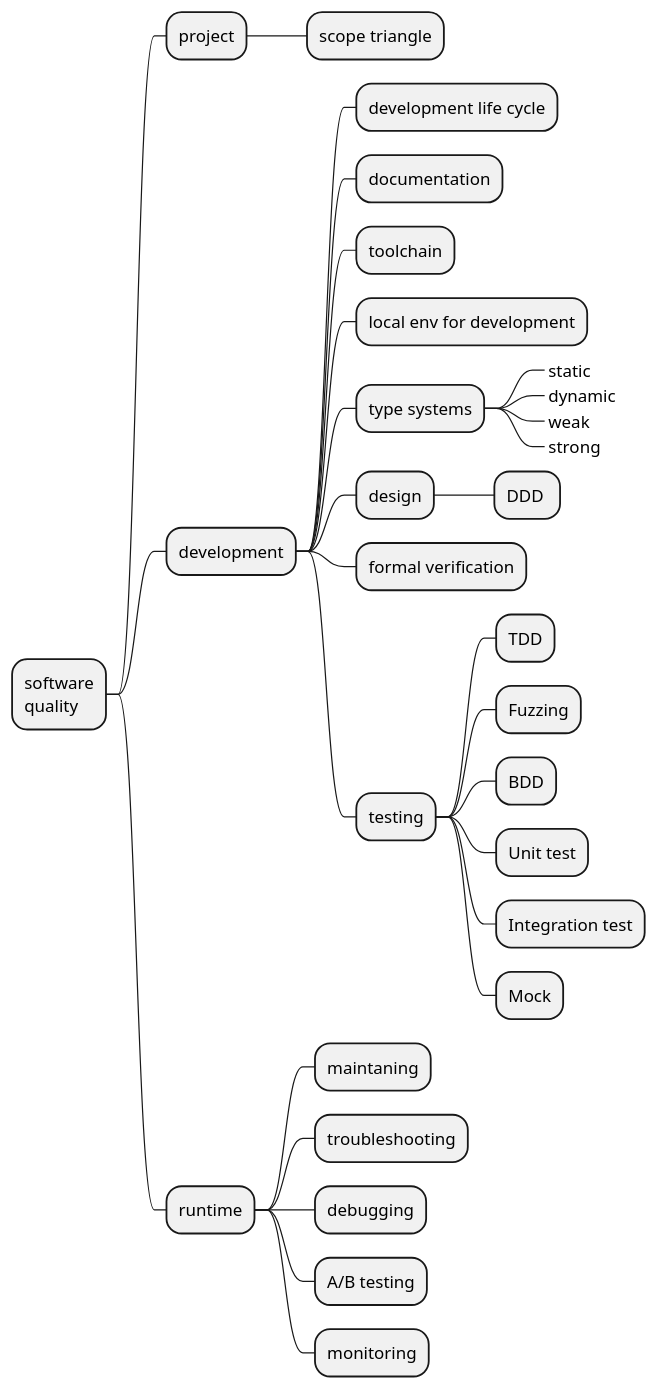
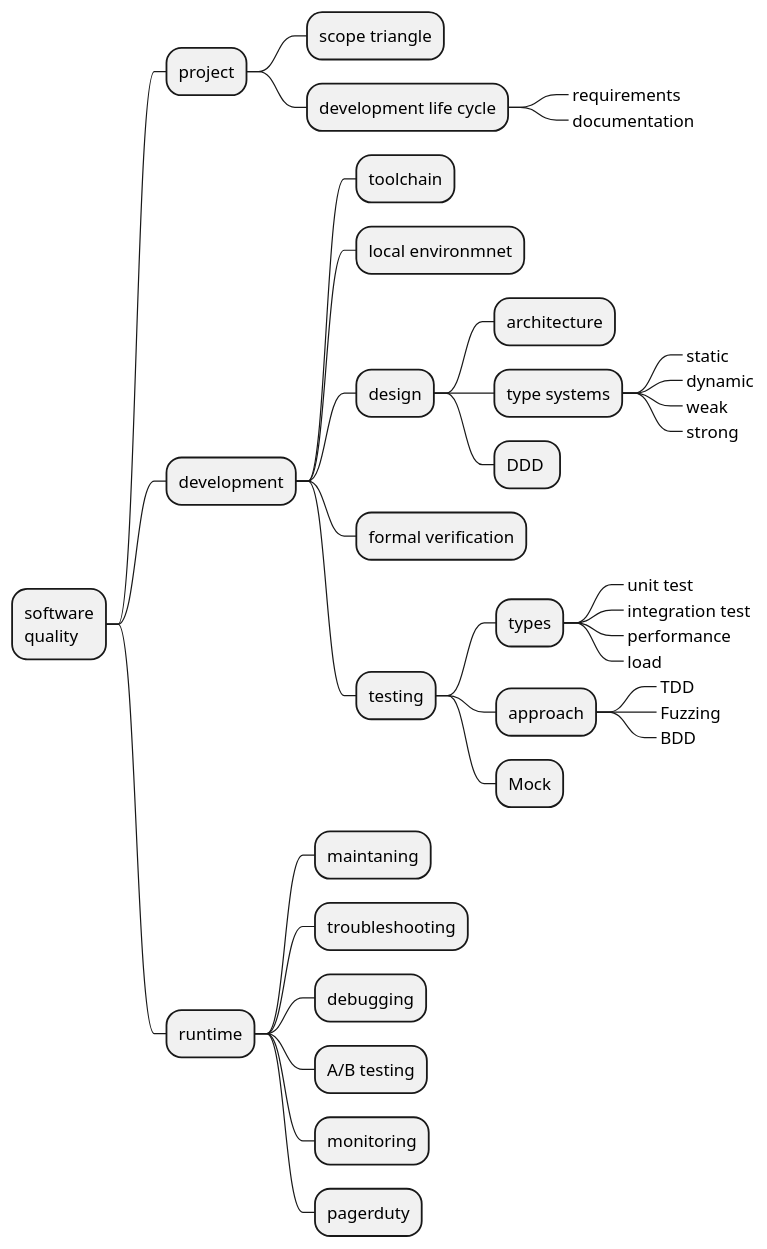
The diagram in software-quality-roadmap.iuml (levplotkin/code-quality-roadmap), drawn with PlantUML before and after one commit.

```diff
--- a/software-quality-roadmap.iuml
+++ b/software-quality-roadmap.iuml
@@ -1,31 +1,38 @@
 @startmindmap
 * software\nquality
  * project
   * scope triangle
+  * development life cycle
+   *_ requirements
+   *_ documentation
  * development
-  * development life cycle
-  * documentation
   * toolchain
-  * local env for development
-  * type systems
-   *_ static
-   *_ dynamic
-   *_ weak
-   *_ strong
+  * local environmnet
   * design
+   * architecture
+   * type systems
+    *_ static
+    *_ dynamic
+    *_ weak
+    *_ strong
    * DDD 
   * formal verification
   * testing
-   * TDD
-   * Fuzzing
-   * BDD
-   * Unit test
-   * Integration test
+   * types
+    *_ unit test
+    *_ integration test
+    *_ performance
+    *_ load
+   * approach
+    *_ TDD
+    *_ Fuzzing
+    *_ BDD
    * Mock
  * runtime
   * maintaning
   * troubleshooting
   * debugging
   * A/B testing
   * monitoring
+  * pagerduty
 @endmindmap
```
